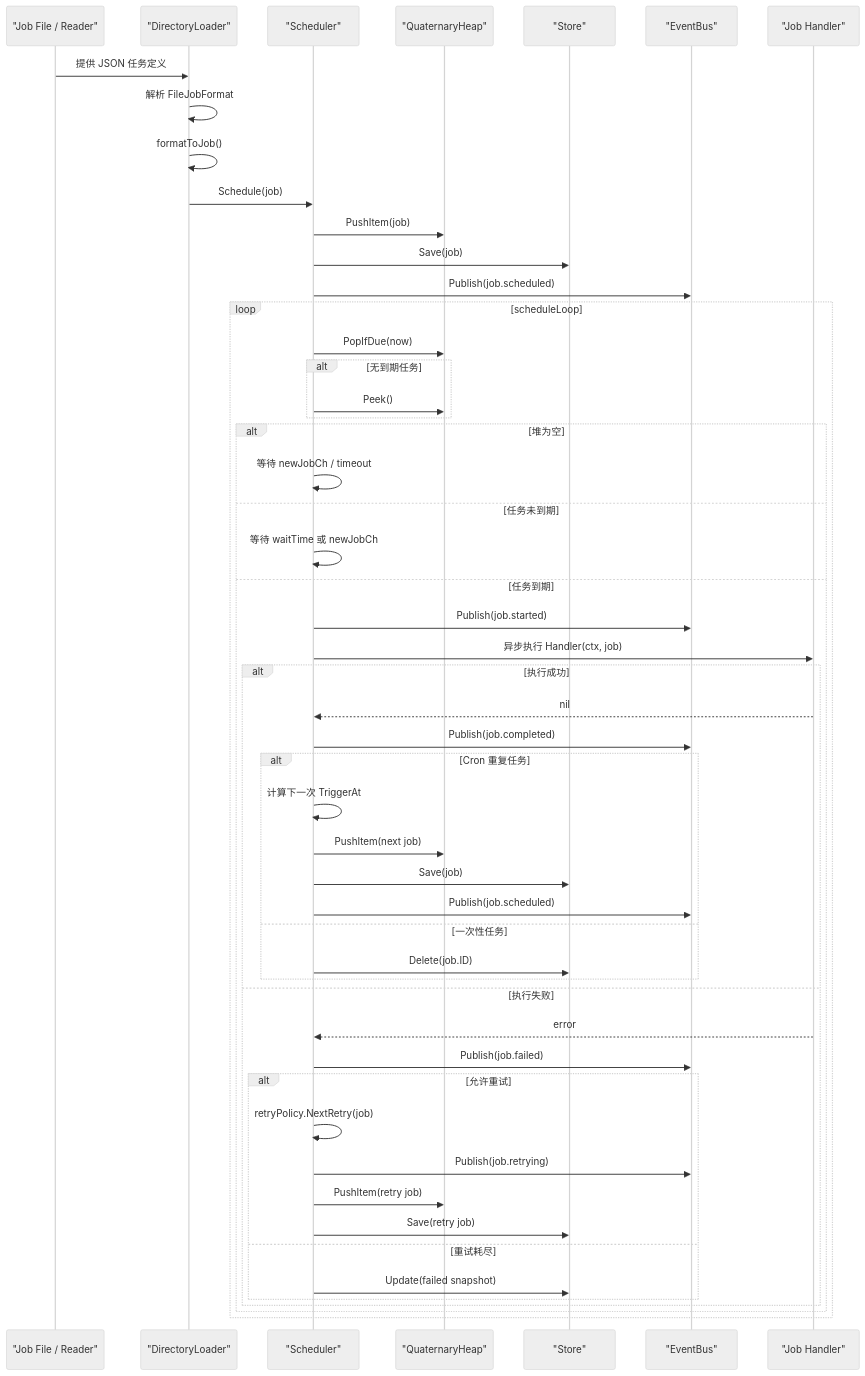
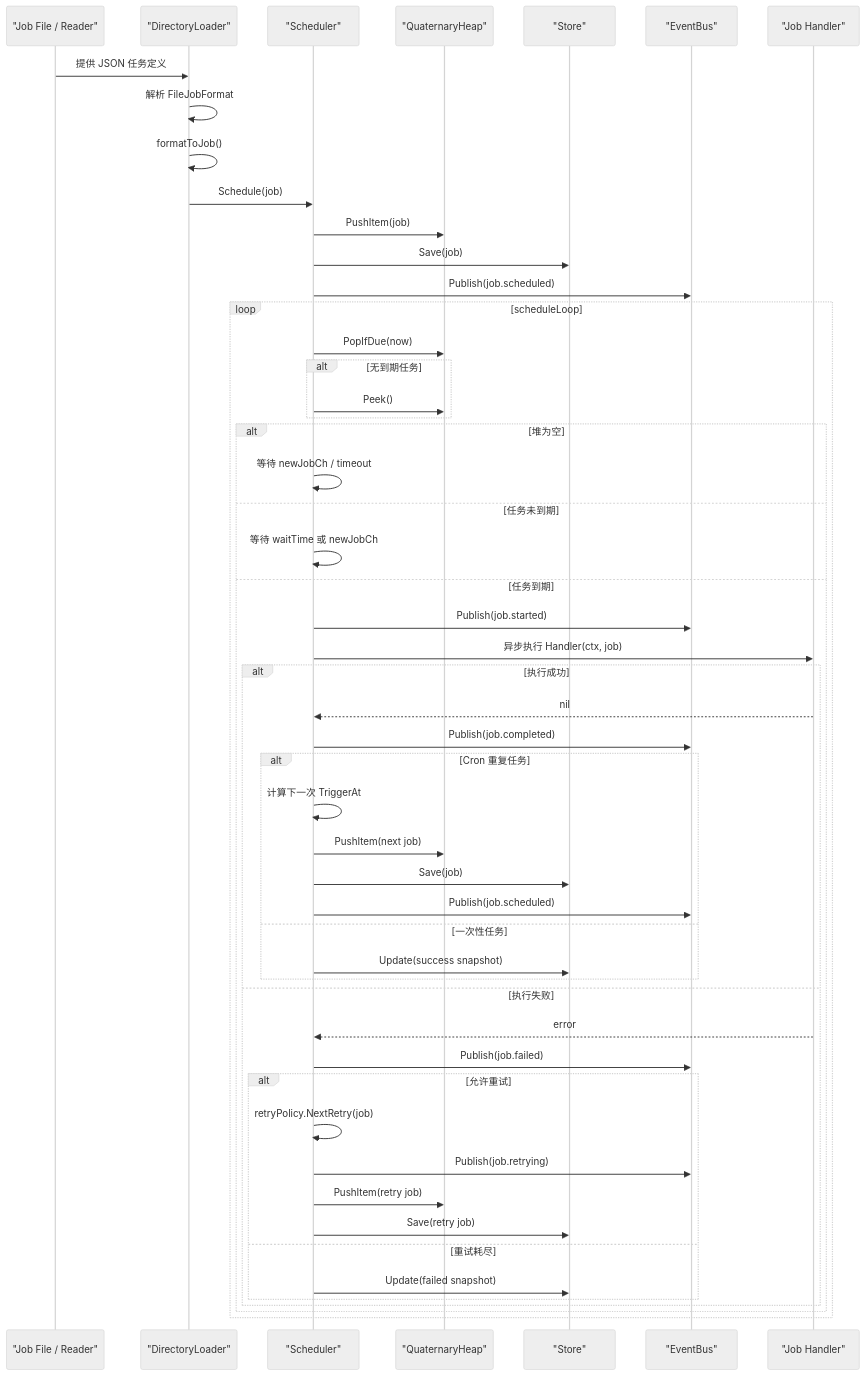
One commit to jiujuan/godelayq changed the first of 2 diagrams in docs/core-scheduler-heap-event-load-analysis.md. Above: the diagram before and after it, drawn with Mermaid (neutral theme). The commit also changed other lines of this file and 3 other files, not shown here.

````diff
--- a/docs/core-scheduler-heap-event-load-analysis.md
+++ b/docs/core-scheduler-heap-event-load-analysis.md
@@ -84,56 +84,56 @@
 ```mermaid
 sequenceDiagram
     participant File as "Job File / Reader"
     participant Loader as "DirectoryLoader"
     participant Scheduler as "Scheduler"
     participant Heap as "QuaternaryHeap"
     participant Store as "Store"
     participant EventBus as "EventBus"
     participant Handler as "Job Handler"
 
     File->>Loader: 提供 JSON 任务定义
     Loader->>Loader: 解析 FileJobFormat
     Loader->>Loader: formatToJob()
     Loader->>Scheduler: Schedule(job)
     Scheduler->>Heap: PushItem(job)
     Scheduler->>Store: Save(job)
     Scheduler->>EventBus: Publish(job.scheduled)
 
     loop scheduleLoop
         Scheduler->>Heap: PopIfDue(now)
         alt 无到期任务
             Scheduler->>Heap: Peek()
         end
         alt 堆为空
             Scheduler->>Scheduler: 等待 newJobCh / timeout
         else 任务未到期
             Scheduler->>Scheduler: 等待 waitTime 或 newJobCh
         else 任务到期
             Scheduler->>EventBus: Publish(job.started)
             Scheduler->>Handler: 异步执行 Handler(ctx, job)
             alt 执行成功
                 Handler-->>Scheduler: nil
                 Scheduler->>EventBus: Publish(job.completed)
                 alt Cron 重复任务
                     Scheduler->>Scheduler: 计算下一次 TriggerAt
                     Scheduler->>Heap: PushItem(next job)
                     Scheduler->>Store: Save(job)
                     Scheduler->>EventBus: Publish(job.scheduled)
                 else 一次性任务
-                    Scheduler->>Store: Delete(job.ID)
+                    Scheduler->>Store: Update(success snapshot)
                 end
             else 执行失败
                 Handler-->>Scheduler: error
                 Scheduler->>EventBus: Publish(job.failed)
                 alt 允许重试
                     Scheduler->>Scheduler: retryPolicy.NextRetry(job)
                     Scheduler->>EventBus: Publish(job.retrying)
                     Scheduler->>Heap: PushItem(retry job)
                     Scheduler->>Store: Save(retry job)
                 else 重试耗尽
                     Scheduler->>Store: Update(failed snapshot)
                 end
             end
         end
     end
 ```
````
